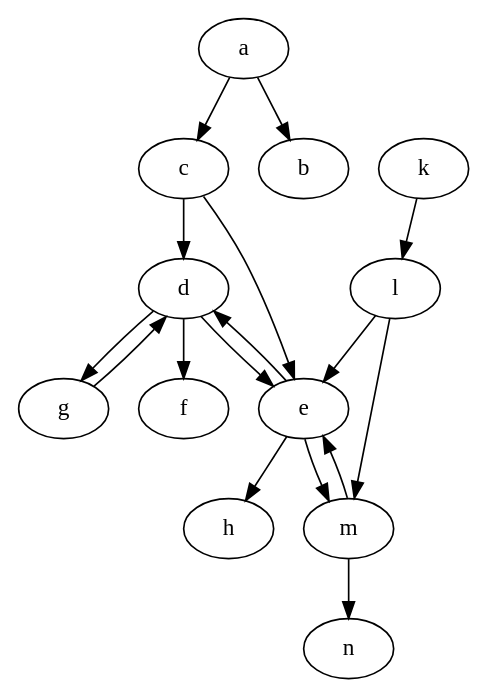
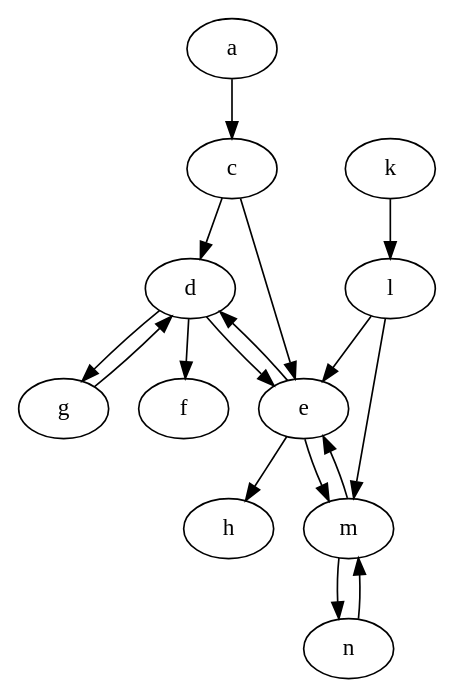
One commit to idaks/Games-and-Argumentation changed the diagram in XLoKR-2023/vanilla_version/output/plain_graph.dot. Above: the diagram before and after it, drawn with Graphviz. The commit also changed 12 other files, not shown here.

```diff
--- a/XLoKR-2023/vanilla_version/output/plain_graph.dot
+++ b/XLoKR-2023/vanilla_version/output/plain_graph.dot
@@ -1,18 +1,18 @@
 strict digraph "" {
-	a -> b	[dir=forward];
 	a -> c	[dir=forward];
 	c -> d	[dir=forward];
 	c -> e	[dir=forward];
 	k -> l	[dir=forward];
 	l -> e	[dir=forward];
 	l -> m	[dir=forward];
 	d -> e	[dir=forward];
 	d -> f	[dir=forward];
 	d -> g	[dir=forward];
 	e -> d	[dir=forward];
 	e -> m	[dir=forward];
 	e -> h	[dir=forward];
 	m -> e	[dir=forward];
 	m -> n	[dir=forward];
 	g -> d	[dir=forward];
+	n -> m	[dir=forward];
 }
```
